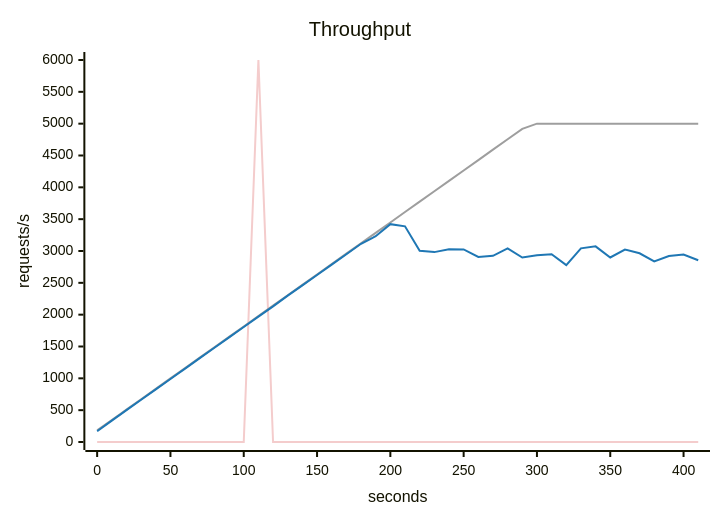
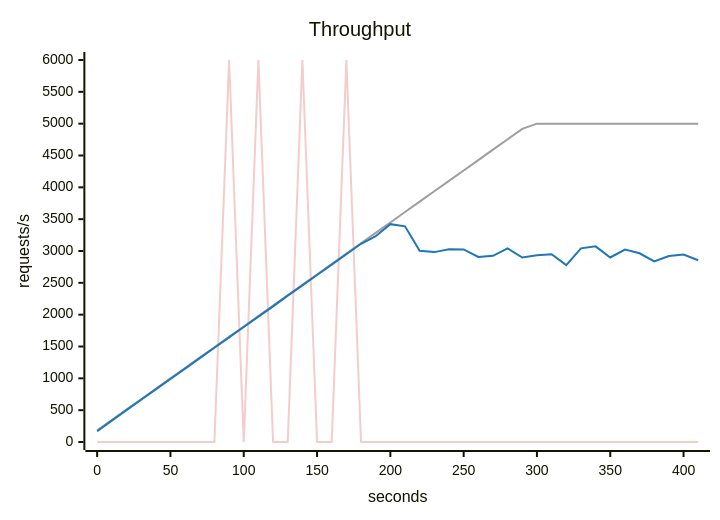
Before and after one commit to akinfemi/load-lore: the second of 5 diagrams in scenarios/single-postgres-breaking-point/solutions/one-query-per-page/report.md, drawn with Mermaid. The commit also changed other lines of this file and 6 other files, not shown here.

````diff
--- a/scenarios/single-postgres-breaking-point/solutions/one-query-per-page/report.md
+++ b/scenarios/single-postgres-breaking-point/solutions/one-query-per-page/report.md
@@ -39,16 +40,16 @@
 ```mermaid
 ---
 config:
   themeVariables:
     xyChart:
       backgroundColor: "transparent"
       plotColorPalette: "#f4cccc, #9e9e9e, #1f77b4"
 ---
 xychart-beta
     title "Throughput"
     x-axis "seconds" 0 --> 410
     y-axis "requests/s" 0 --> 6000
-    line [0, 0, 0, 0, 0, 0, 0, 0, 0, 0, 0, 6000, 0, 0, 0, 0, 0, 0, 0, 0, 0, 0, 0, 0, 0, 0, 0, 0, 0, 0, 0, 0, 0, 0, 0, 0, 0, 0, 0, 0, 0, 0]
+    line [0, 0, 0, 0, 0, 0, 0, 0, 0, 6000, 0, 6000, 0, 0, 6000, 0, 0, 6000, 0, 0, 0, 0, 0, 0, 0, 0, 0, 0, 0, 0, 0, 0, 0, 0, 0, 0, 0, 0, 0, 0, 0, 0]
     line [181.667, 345, 508.333, 671.667, 835, 998.333, 1161.667, 1325, 1488.333, 1651.667, 1815, 1978.333, 2141.667, 2305, 2468.333, 2631.667, 2795, 2958.333, 3121.667, 3285, 3448.333, 3611.667, 3775, 3938.333, 4101.667, 4265, 4428.333, 4591.667, 4755, 4918.333, 5000, 5000, 5000, 5000, 5000, 5000, 5000, 5000, 5000, 5000, 5000, 5000]
     line [168.618, 336.494, 499.966, 663.409, 826.584, 990.09, 1153.402, 1316.408, 1480.124, 1643.307, 1806.498, 1969.987, 2130.198, 2299.898, 2459.722, 2623.476, 2786.549, 2949.368, 3113.75, 3232.311, 3421.54, 3387.78, 3003.319, 2982.495, 3026.499, 3023.901, 2906.989, 2924.664, 3041.197, 2896.851, 2932.395, 2948.206, 2778.675, 3041.325, 3072.829, 2898.277, 3023.455, 2964.47, 2835.51, 2921.389, 2943.673, 2853.881]
 ```
````
